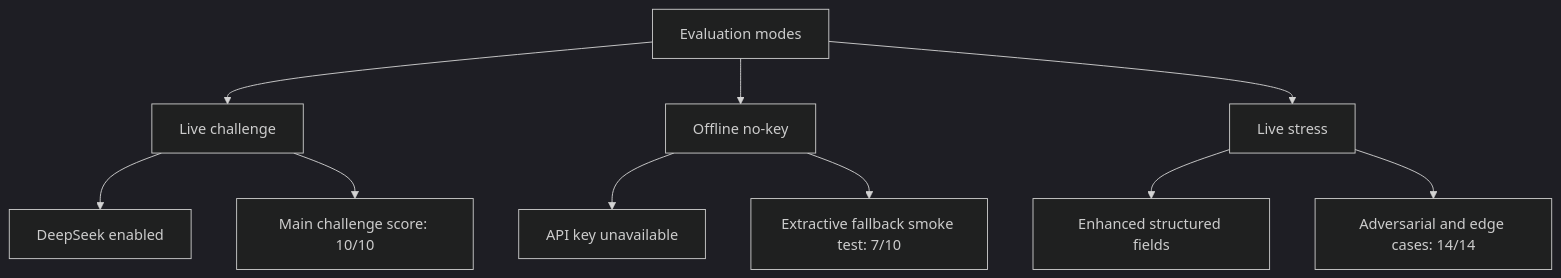
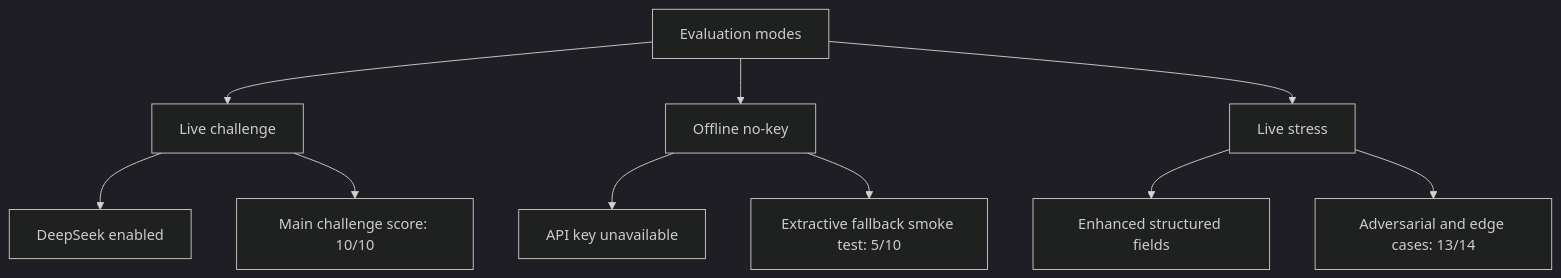
Before and after one commit to Tyler03118/ME_Agent: the second of 2 diagrams in docs/evaluation_strategy.md, drawn with Mermaid (dark theme). The commit also changed other lines of this file and 6 other files, not shown here.

````diff
--- a/docs/evaluation_strategy.md
+++ b/docs/evaluation_strategy.md
@@ -122,15 +122,15 @@
 ```mermaid
 flowchart TD
     A["Evaluation modes"] --> B["Live challenge"]
     A --> C["Offline no-key"]
     A --> D["Live stress"]
 
     B --> B1["DeepSeek enabled"]
     B --> B2["Main challenge score: 10/10"]
 
     C --> C1["API key unavailable"]
-    C --> C2["Extractive fallback smoke test: 7/10"]
+    C --> C2["Extractive fallback smoke test: 5/10"]
 
     D --> D1["Enhanced structured fields"]
-    D --> D2["Adversarial and edge cases: 14/14"]
+    D --> D2["Adversarial and edge cases: 13/14"]
 ```
````
